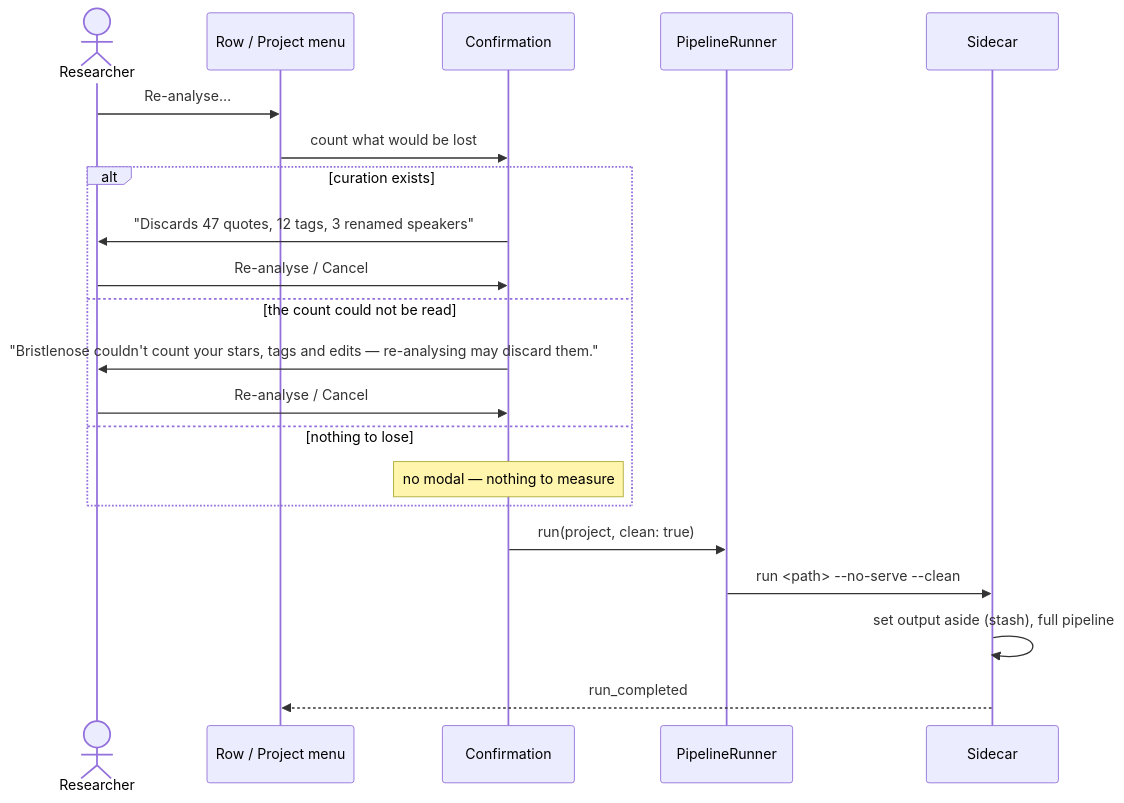
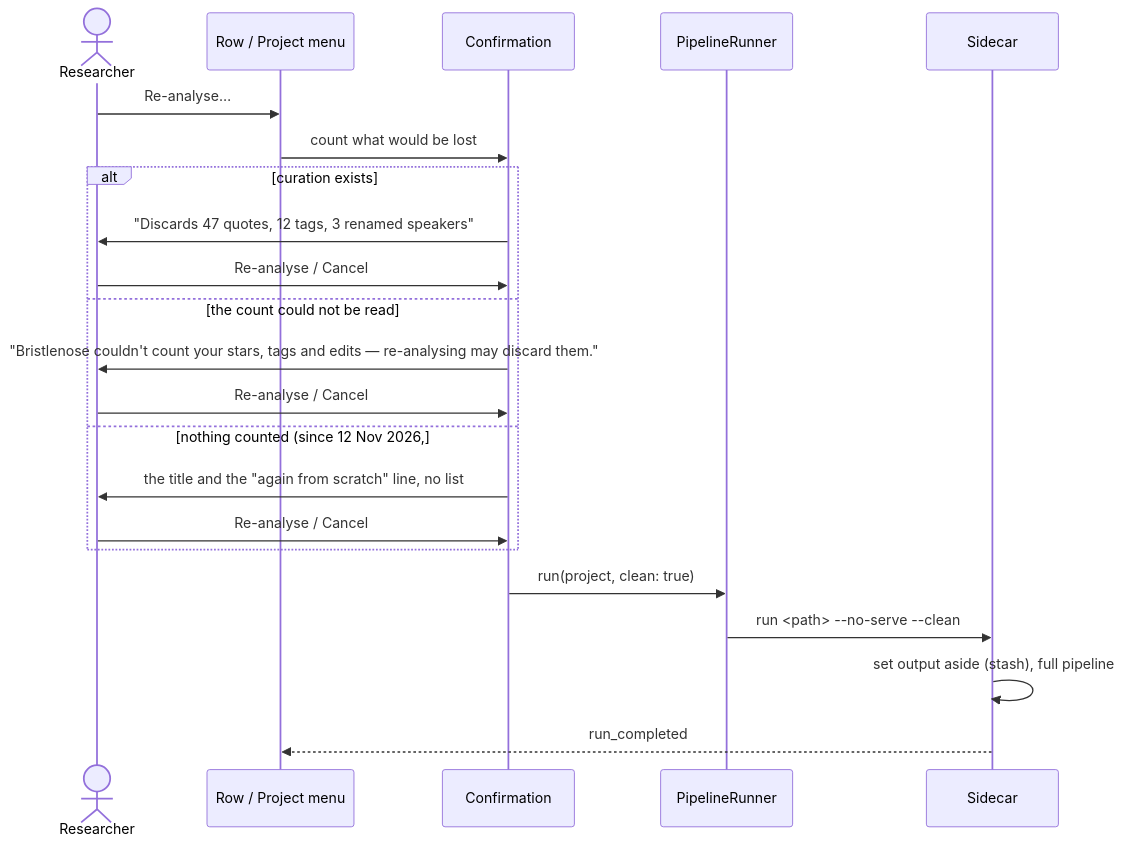
Before and after one commit to cassiocassio/bristlenose: the fourth of 4 diagrams in docs/design-analysis-lifecycle.md, drawn with Mermaid. The commit also changed other lines of this file and 6 other files, not shown here.

````diff
--- a/docs/design-analysis-lifecycle.md
+++ b/docs/design-analysis-lifecycle.md
@@ -345,24 +350,25 @@
 ```mermaid
 sequenceDiagram
     actor R as Researcher
     participant UI as Row / Project menu
     participant C as Confirmation
     participant PR as PipelineRunner
     participant SC as Sidecar
 
     R->>UI: Re-analyse…
     UI->>C: count what would be lost
     alt curation exists
         C->>R: "Discards 47 quotes, 12 tags, 3 renamed speakers"
         R->>C: Re-analyse / Cancel
     else the count could not be read
         C->>R: "Bristlenose couldn't count your stars, tags and edits — re-analysing may discard them."
         R->>C: Re-analyse / Cancel
-    else nothing to lose
-        Note over C: no modal — nothing to measure
+    else nothing counted (since 12 Nov 2026, #314)
+        C->>R: the title and the "again from scratch" line, no list
+        R->>C: Re-analyse / Cancel
     end
     C->>PR: run(project, clean: true)
     PR->>SC: run <path> --no-serve --clean
     SC->>SC: set output aside (stash), full pipeline
     SC-->>UI: run_completed
 ```
````
